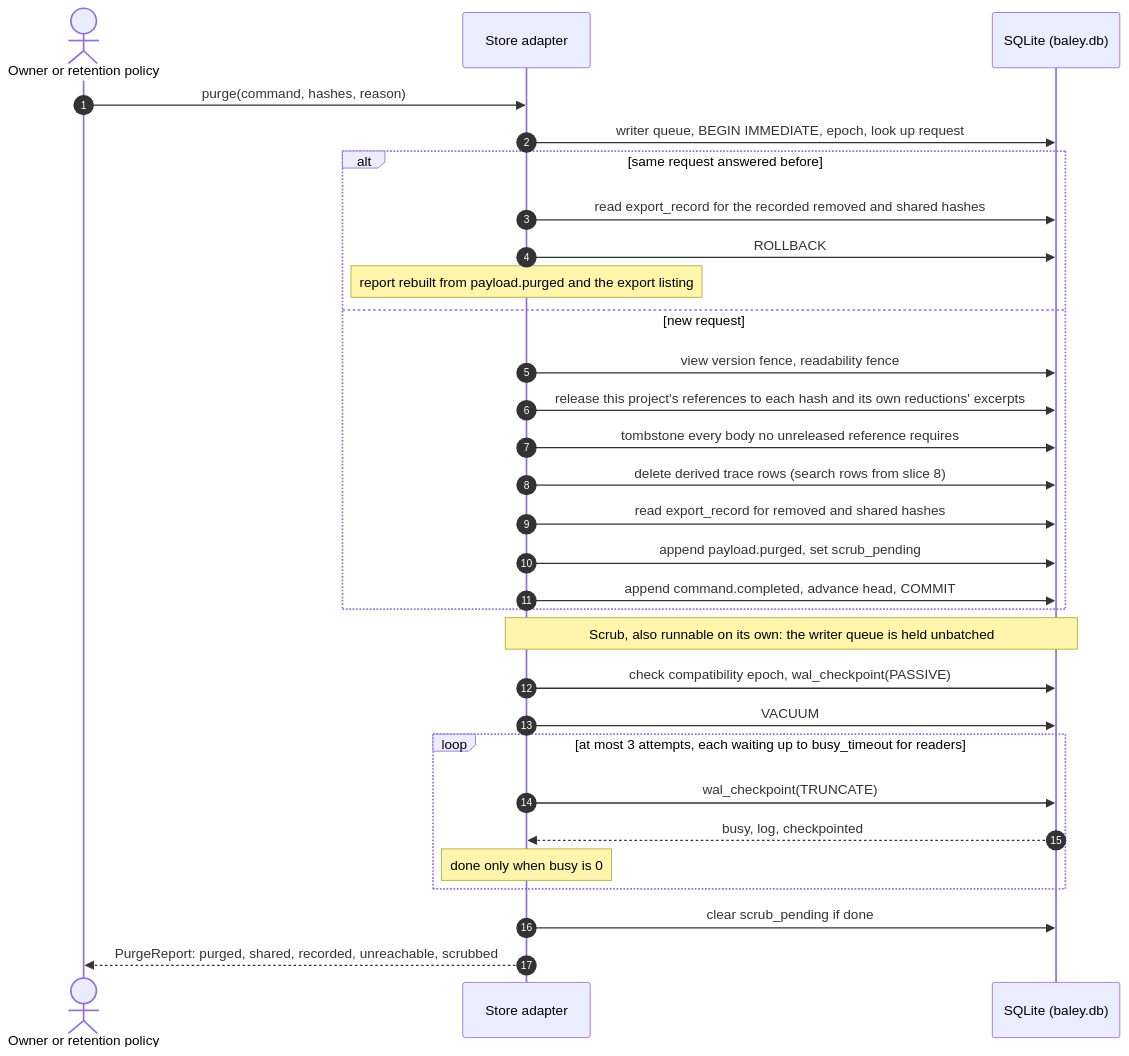
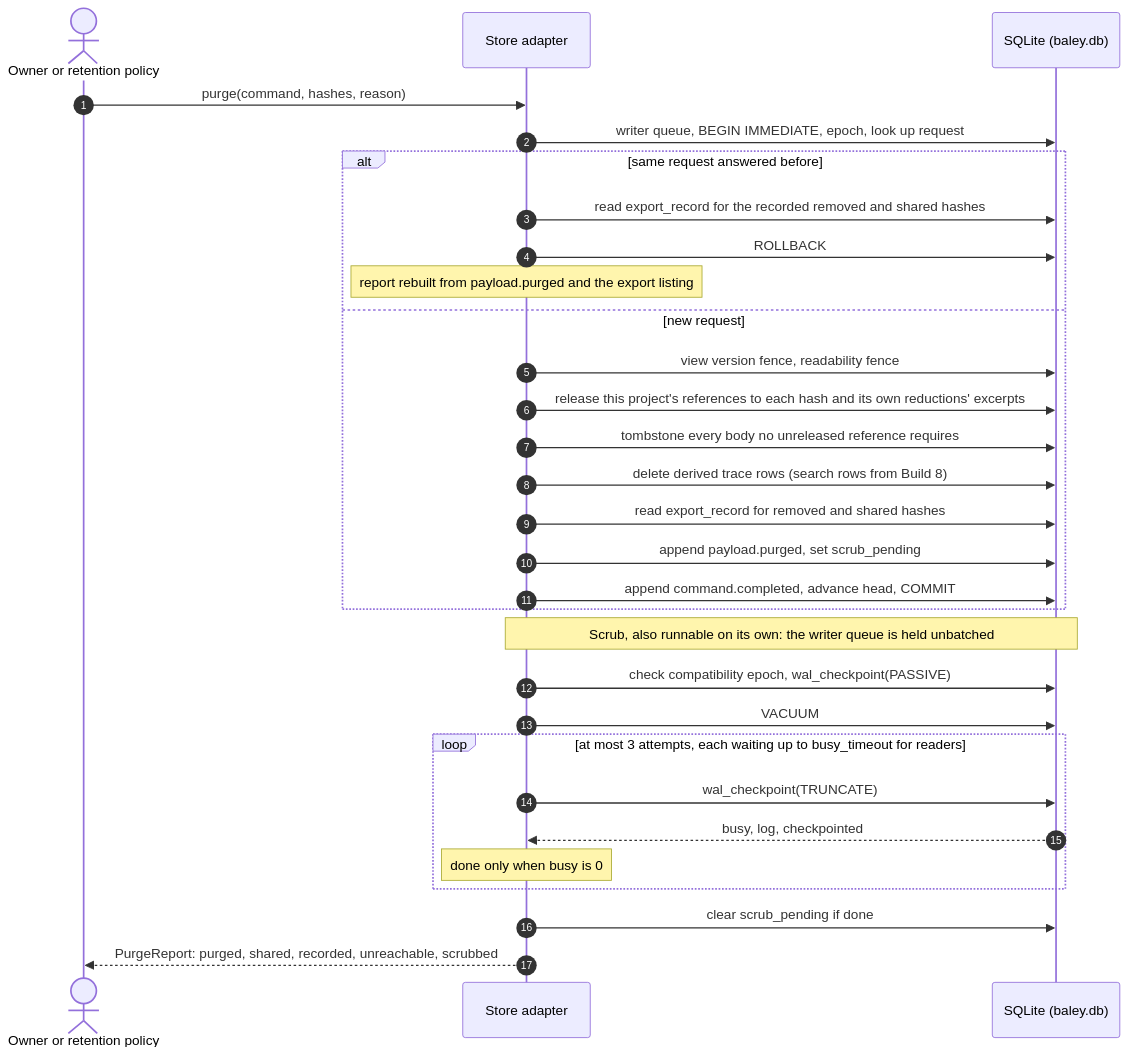
The tenth of 14 diagrams in docs/design/0001-evidence-ledger.md (crenshawdev/baley), drawn with Mermaid before and after one commit. The commit also changed other lines of this file and 2 other files, not shown here.

First line of the commit message:
docs(design): record home checks and build 2 tasks

````diff
--- a/docs/design/0001-evidence-ledger.md
+++ b/docs/design/0001-evidence-ledger.md
@@ -797,32 +797,32 @@
 ```mermaid
 sequenceDiagram
   autonumber
   actor O as Owner or retention policy
   participant L as Store adapter
   participant Q as SQLite (baley.db)
   O->>L: purge(command, hashes, reason)
   L->>Q: writer queue, BEGIN IMMEDIATE, epoch, look up request
   alt same request answered before
     L->>Q: read export_record for the recorded removed and shared hashes
     L->>Q: ROLLBACK
     Note over L: report rebuilt from payload.purged and the export listing
   else new request
     L->>Q: view version fence, readability fence
     L->>Q: release this project's references to each hash and its own reductions' excerpts
     L->>Q: tombstone every body no unreleased reference requires
-    L->>Q: delete derived trace rows (search rows from slice 8)
+    L->>Q: delete derived trace rows (search rows from Build 8)
     L->>Q: read export_record for removed and shared hashes
     L->>Q: append payload.purged, set scrub_pending
     L->>Q: append command.completed, advance head, COMMIT
   end
   Note over L,Q: Scrub, also runnable on its own: the writer queue is held unbatched
   L->>Q: check compatibility epoch, wal_checkpoint(PASSIVE)
   L->>Q: VACUUM
   loop at most 3 attempts, each waiting up to busy_timeout for readers
     L->>Q: wal_checkpoint(TRUNCATE)
     Q-->>L: busy, log, checkpointed
     Note over L: done only when busy is 0
   end
   L->>Q: clear scrub_pending if done
   L-->>O: PurgeReport: purged, shared, recorded, unreachable, scrubbed
 ```
````
